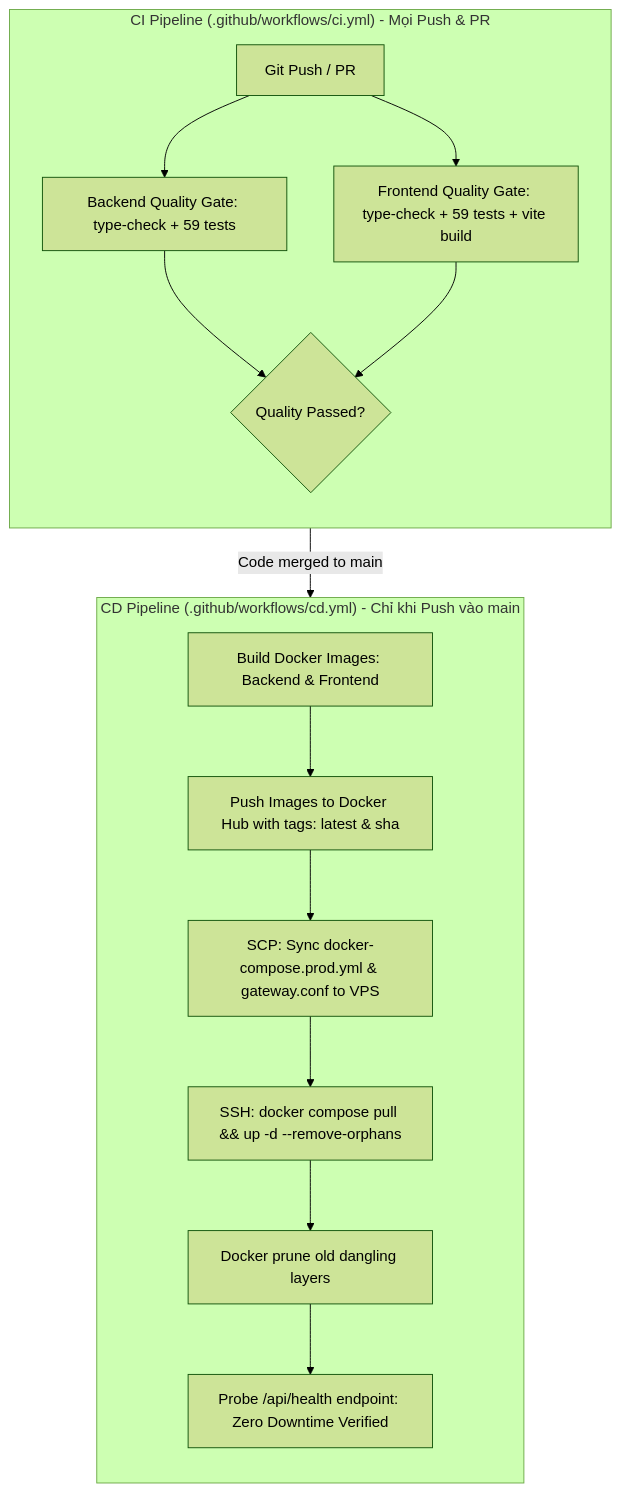
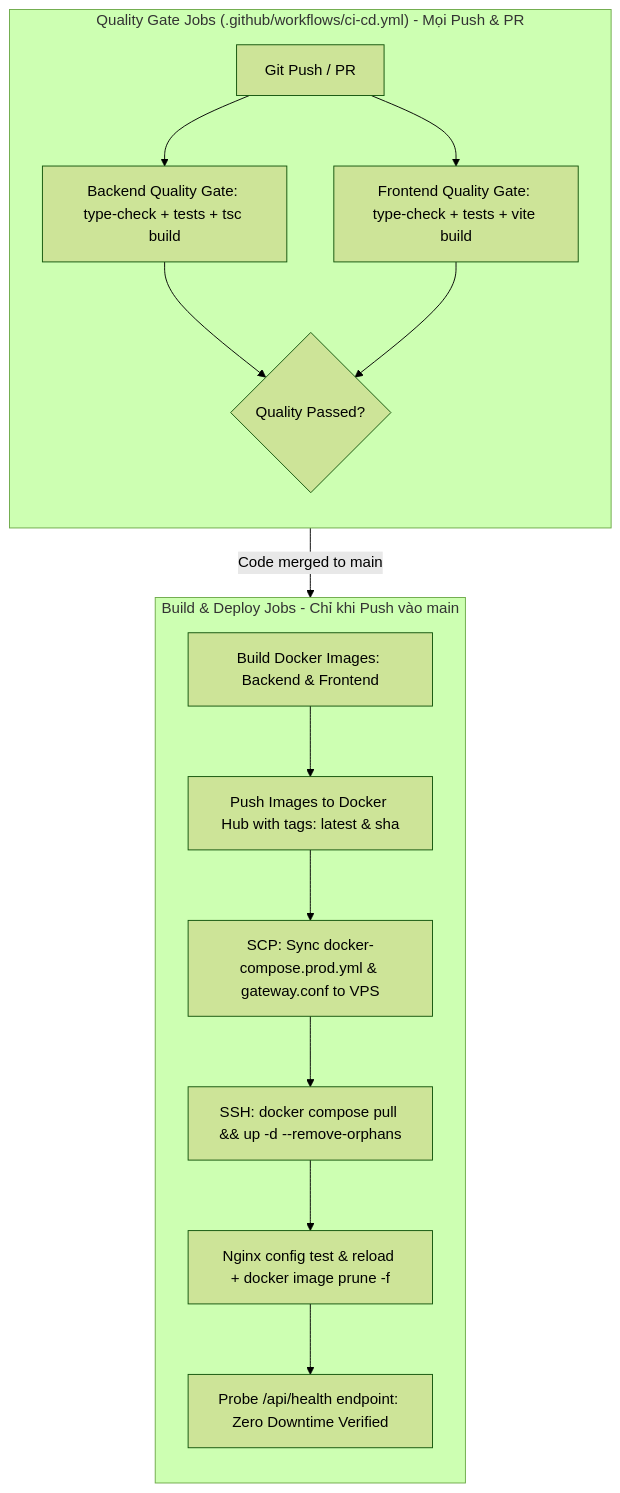
One commit to dorayakiiiiz/devpulse changed the diagram in documents/infrastructure.md. Above: the diagram before and after it, drawn with Mermaid (forest theme). The commit also changed other lines of this file and 53 other files, not shown here.

Commit message:
fix(core): harden security, named sse listeners, nginx reload, and sync docs

````diff
--- a/documents/infrastructure.md
+++ b/documents/infrastructure.md
@@ -80,20 +80,20 @@
 ```mermaid
 flowchart TD
-    subgraph CI_Pipeline ["CI Pipeline (.github/workflows/ci.yml) - Mọi Push & PR"]
+    subgraph Quality_Gate ["Quality Gate Jobs (.github/workflows/ci-cd.yml) - Mọi Push & PR"]
         direction TB
-        A[Git Push / PR] --> B[Backend Quality Gate: type-check + 59 tests]
-        A --> C[Frontend Quality Gate: type-check + 59 tests + vite build]
+        A[Git Push / PR] --> B[Backend Quality Gate: type-check + tests + tsc build]
+        A --> C[Frontend Quality Gate: type-check + tests + vite build]
         B --> D{Quality Passed?}
         C --> D
     end
 
-    subgraph CD_Pipeline ["CD Pipeline (.github/workflows/cd.yml) - Chỉ khi Push vào main"]
+    subgraph Release_Deploy ["Build & Deploy Jobs - Chỉ khi Push vào main"]
         direction TB
         D -- "Code merged to main" --> E[Build Docker Images: Backend & Frontend]
         E --> F[Push Images to Docker Hub with tags: latest & sha]
         F --> G[SCP: Sync docker-compose.prod.yml & gateway.conf to VPS]
         G --> H[SSH: docker compose pull && up -d --remove-orphans]
-        H --> I[Docker prune old dangling layers]
+        H --> I[Nginx config test & reload + docker image prune -f]
         I --> J[Probe /api/health endpoint: Zero Downtime Verified]
     end
 ```
````
